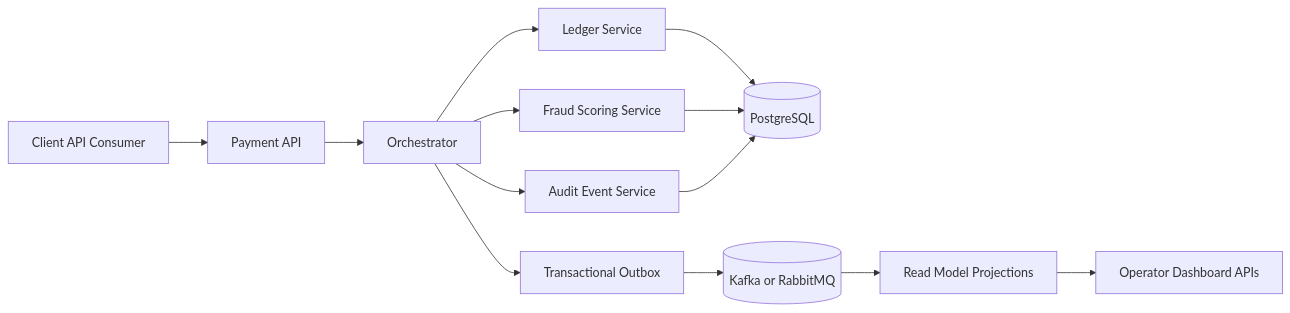
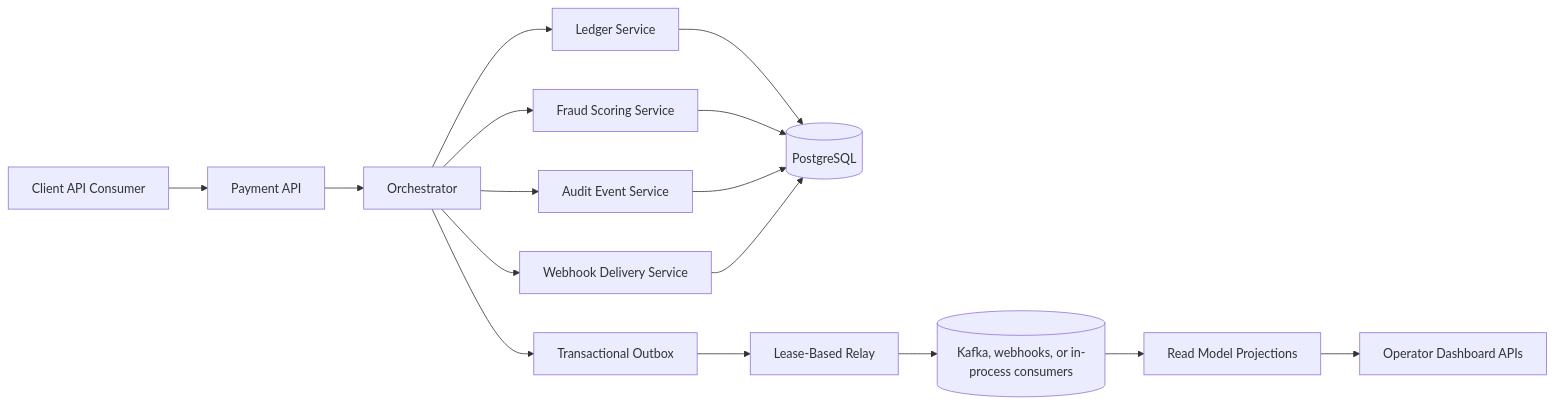
Before and after one commit to moenn1/ledgerandfraudscoring: the first of 3 diagrams in docs/architecture.md, drawn with Mermaid. The commit also changed other lines of this file and 135 other files, not shown here.

````diff
--- a/docs/architecture.md
+++ b/docs/architecture.md
@@ -26,15 +35,18 @@
 ```mermaid
 flowchart LR
     Client[Client API Consumer] --> API[Payment API]
     API --> Orch[Orchestrator]
     Orch --> Fraud[Fraud Scoring Service]
     Orch --> Ledger[Ledger Service]
     Orch --> Audit[Audit Event Service]
+    Orch --> Notify[Webhook Delivery Service]
     Ledger --> DB[(PostgreSQL)]
     Fraud --> DB
     Audit --> DB
+    Notify --> DB
     Orch --> Outbox[Transactional Outbox]
-    Outbox --> Bus[(Kafka or RabbitMQ)]
+    Outbox --> Relay[Lease-Based Relay]
+    Relay --> Bus[(Kafka, webhooks, or in-process consumers)]
     Bus --> Proj[Read Model Projections]
     Proj --> Admin[Operator Dashboard APIs]
 ```
````
